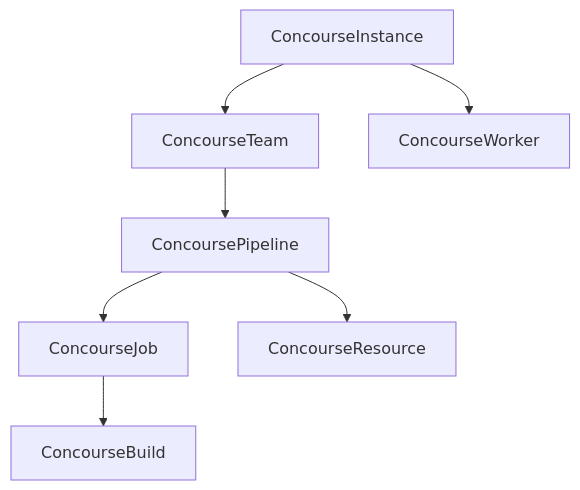
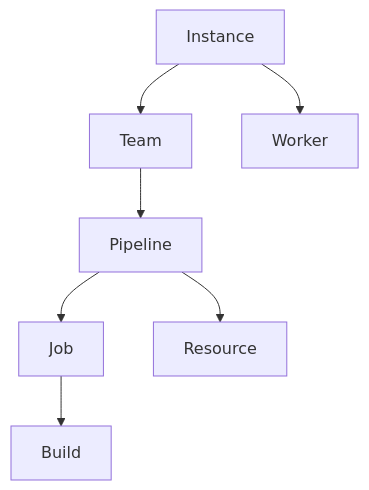
The second of 2 diagrams in docs/architecture/index.md (jakobmoellerdev/concourse-operator), drawn with Mermaid before and after one commit. The commit also changed other lines of this file and 19 other files, not shown here.

````diff
--- a/docs/architecture/index.md
+++ b/docs/architecture/index.md
@@ -38,9 +38,9 @@
 ```mermaid
 graph TD
-  I[ConcourseInstance] --> T[ConcourseTeam]
-  T --> P[ConcoursePipeline]
-  P --> J[ConcourseJob]
-  J --> B[ConcourseBuild]
-  P --> R[ConcourseResource]
-  I --> W[ConcourseWorker]
+  I[Instance] --> T[Team]
+  T --> P[Pipeline]
+  P --> J[Job]
+  J --> B[Build]
+  P --> R[Resource]
+  I --> W[Worker]
 ```
````
